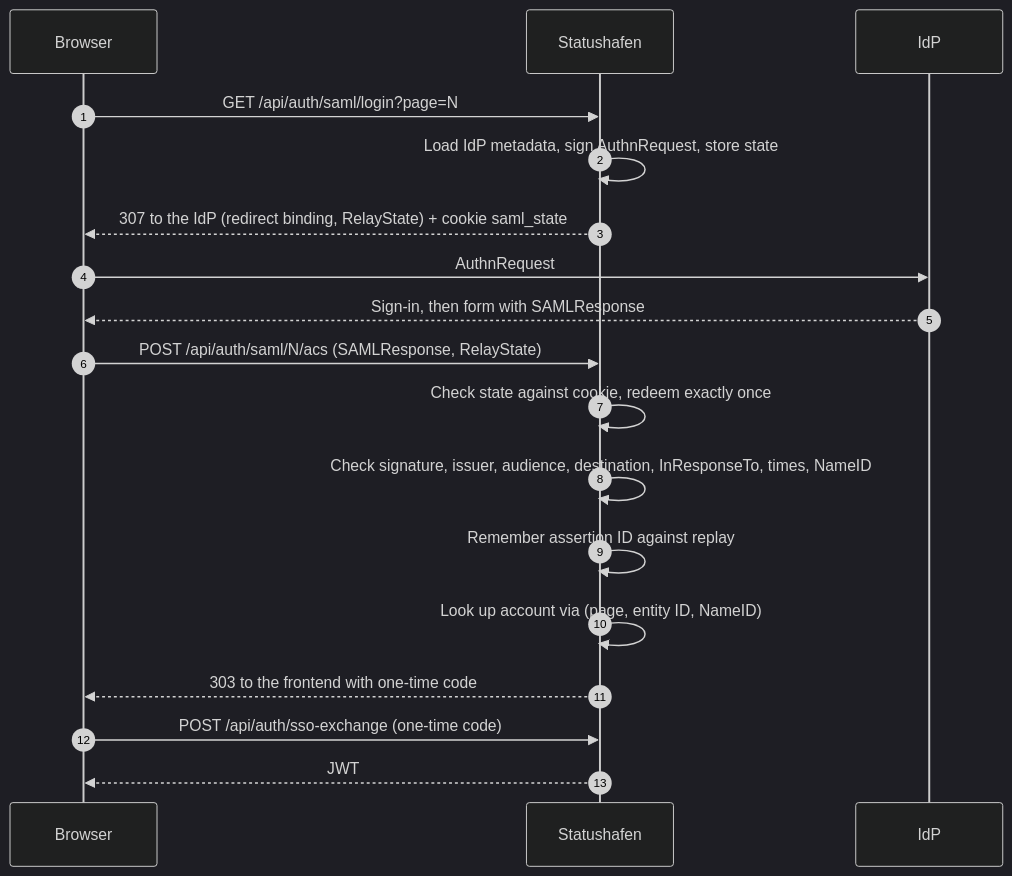
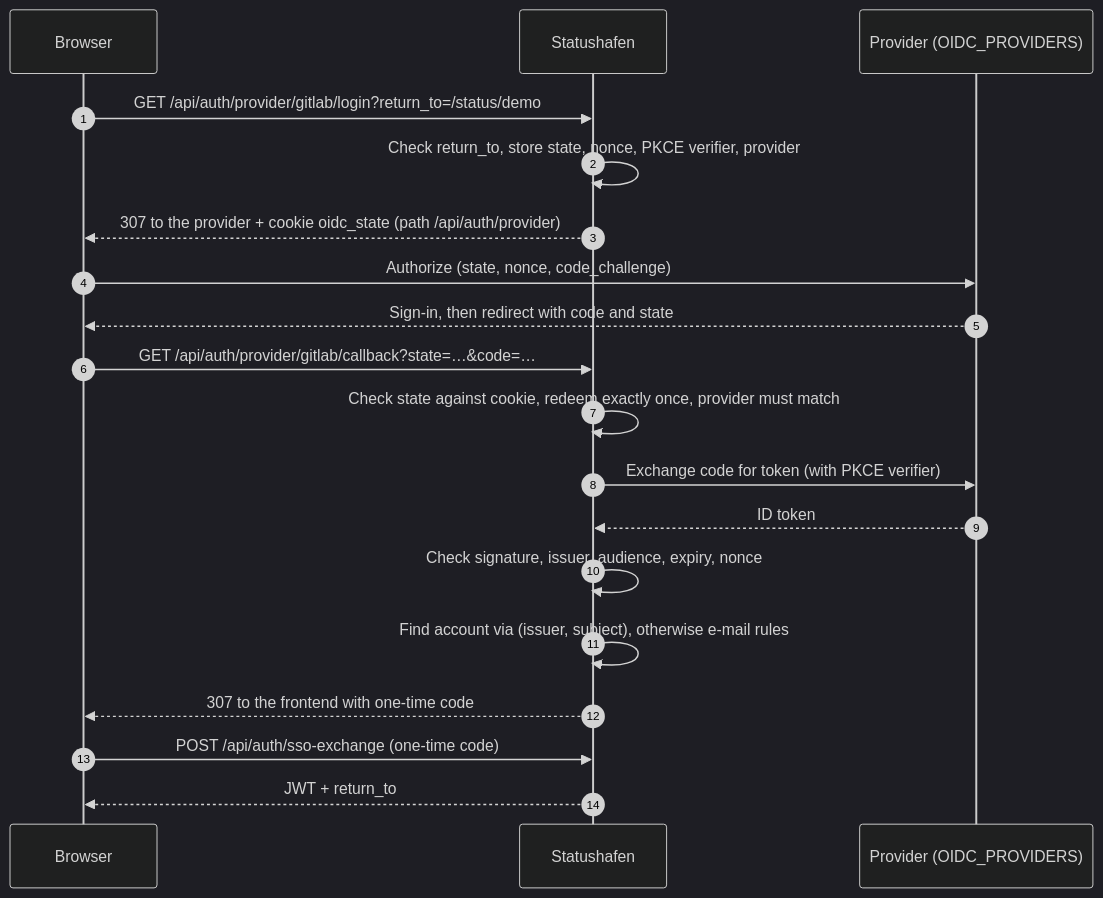
One commit to FrAigner/statushafen changed the second of 4 diagrams in docs/sso/en/architecture.md. Above: the diagram before and after it, drawn with Mermaid (dark theme). The commit also changed other lines of this file and 176 other files, not shown here.

First line of the commit message:
Sign-in only via generic OIDC, optional password login, return to origin (#25)

````diff
--- a/docs/sso/en/architecture.md
+++ b/docs/sso/en/architecture.md
@@ -38,20 +38,21 @@
 ```mermaid
 sequenceDiagram
     autonumber
     participant B as Browser
     participant S as Statushafen
-    participant I as IdP
-    B->>S: GET /api/auth/saml/login?page=N
-    S->>S: Load IdP metadata, sign AuthnRequest, store state
-    S-->>B: 307 to the IdP (redirect binding, RelayState) + cookie saml_state
-    B->>I: AuthnRequest
-    I-->>B: Sign-in, then form with SAMLResponse
-    B->>S: POST /api/auth/saml/N/acs (SAMLResponse, RelayState)
-    S->>S: Check state against cookie, redeem exactly once
-    S->>S: Check signature, issuer, audience, destination, InResponseTo, times, NameID
-    S->>S: Remember assertion ID against replay
-    S->>S: Look up account via (page, entity ID, NameID)
-    S-->>B: 303 to the frontend with one-time code
+    participant I as Provider (OIDC_PROVIDERS)
+    B->>S: GET /api/auth/provider/gitlab/login?return_to=/status/demo
+    S->>S: Check return_to, store state, nonce, PKCE verifier, provider
+    S-->>B: 307 to the provider + cookie oidc_state (path /api/auth/provider)
+    B->>I: Authorize (state, nonce, code_challenge)
+    I-->>B: Sign-in, then redirect with code and state
+    B->>S: GET /api/auth/provider/gitlab/callback?state=…&code=…
+    S->>S: Check state against cookie, redeem exactly once, provider must match
+    S->>I: Exchange code for token (with PKCE verifier)
+    I-->>S: ID token
+    S->>S: Check signature, issuer, audience, expiry, nonce
+    S->>S: Find account via (issuer, subject), otherwise e-mail rules
+    S-->>B: 307 to the frontend with one-time code
     B->>S: POST /api/auth/sso-exchange (one-time code)
-    S-->>B: JWT
+    S-->>B: JWT + return_to
 ```
````
